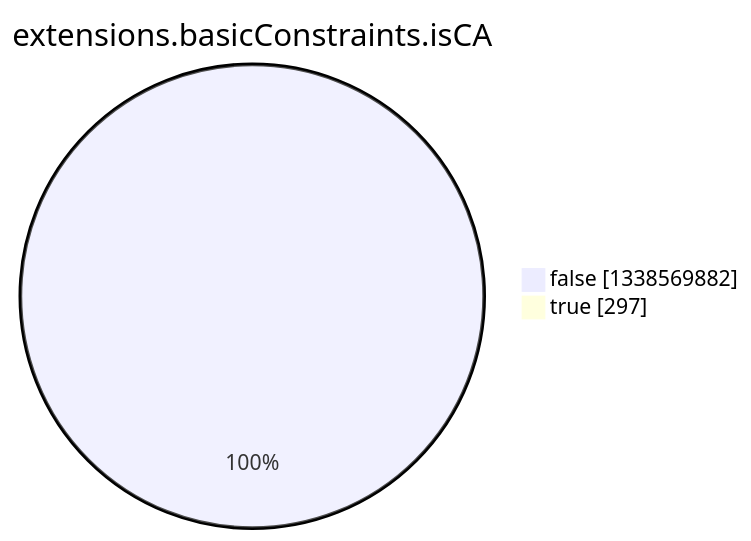
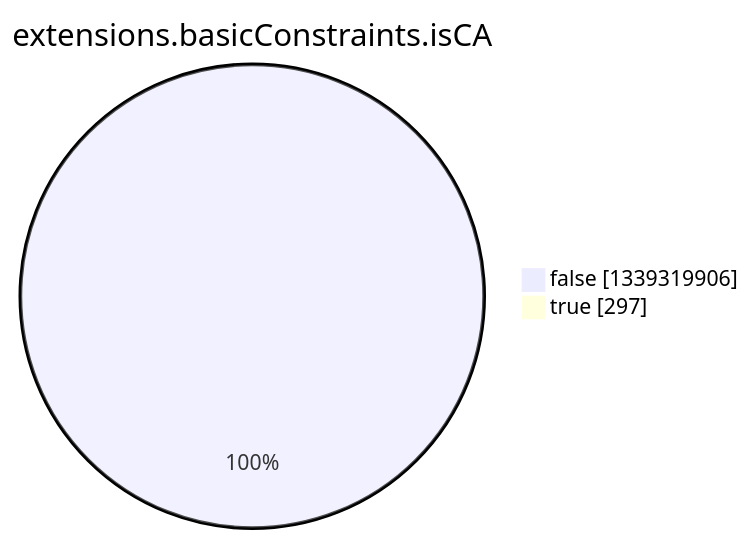
The eighth of 15 diagrams in argon2022/README.md (christiankrug/ctmonitor_visualization), drawn with Mermaid before and after one commit. The commit also changed other lines of this file, not shown here.

````diff
--- a/argon2022/README.md
+++ b/argon2022/README.md
@@ -2758,6 +2758,6 @@
 ```mermaid
 pie showData
 title extensions.basicConstraints.isCA
-"false" :1338569882
+"false" :1339319906
 "true" :297
 ```
````
